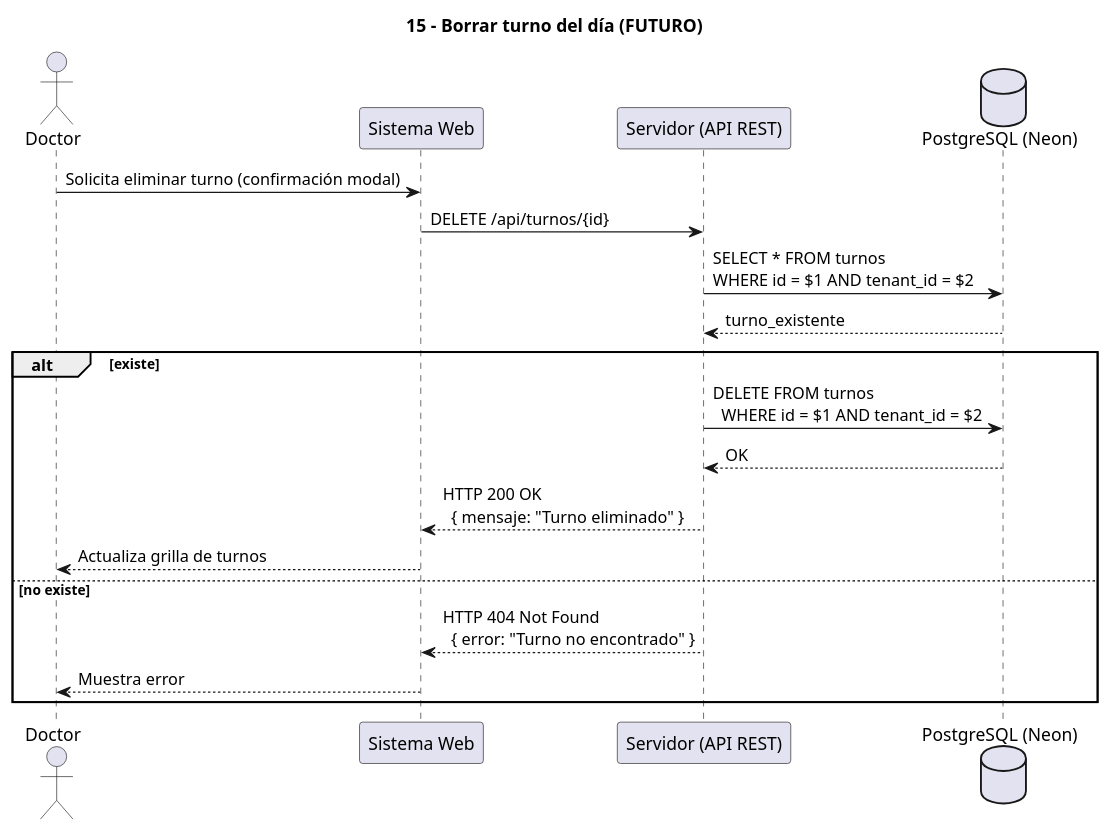
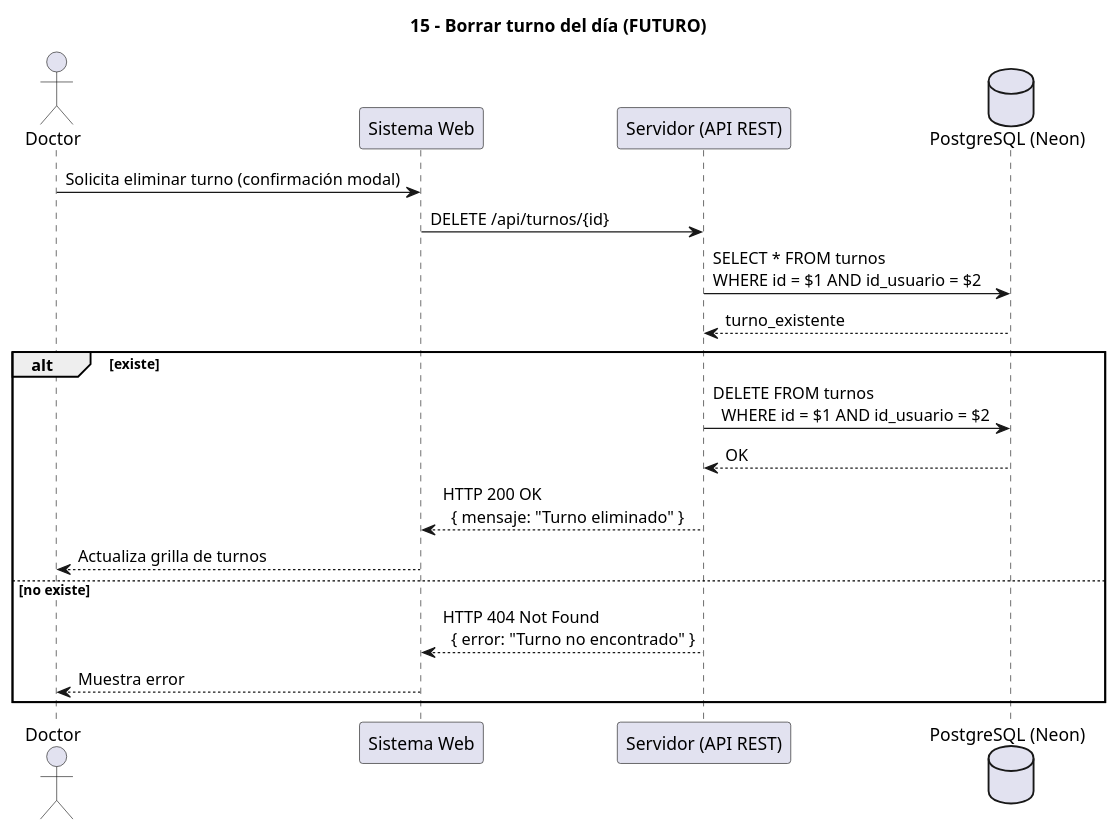
Before and after one commit to marcostoledo96/mvp_historias-clinicas: the diagram in docs/15_borrar_turno_del_dia.puml, drawn with PlantUML. The commit also changed 38 other files, not shown here.

Commit message:
Actualizacion UML

```diff
--- a/docs/15_borrar_turno_del_dia.puml
+++ b/docs/15_borrar_turno_del_dia.puml
@@ -1,29 +1,29 @@
 @startuml
 ' Diagrama 15 - Borrar turno del día
 ' FUNCIONALIDAD FUTURA - No implementada en el MVP actual
 title 15 - Borrar turno del día (FUTURO)
 
 actor Doctor
 participant "Sistema Web" as Web
 participant "Servidor (API REST)" as Server
 database "PostgreSQL (Neon)" as DB
 
 Doctor -> Web : Solicita eliminar turno (confirmación modal)
 Web -> Server : DELETE /api/turnos/{id}
 
-Server -> DB : SELECT * FROM turnos\nWHERE id = $1 AND tenant_id = $2
+Server -> DB : SELECT * FROM turnos\nWHERE id = $1 AND id_usuario = $2
 DB --> Server : turno_existente
 
 alt existe
-  Server -> DB : DELETE FROM turnos\n  WHERE id = $1 AND tenant_id = $2
+  Server -> DB : DELETE FROM turnos\n  WHERE id = $1 AND id_usuario = $2
   DB --> Server : OK
   
   Server --> Web : HTTP 200 OK\n  { mensaje: "Turno eliminado" }
   Web --> Doctor : Actualiza grilla de turnos
   
 else no existe
   Server --> Web : HTTP 404 Not Found\n  { error: "Turno no encontrado" }
   Web --> Doctor : Muestra error
 end
 
 @enduml
```
